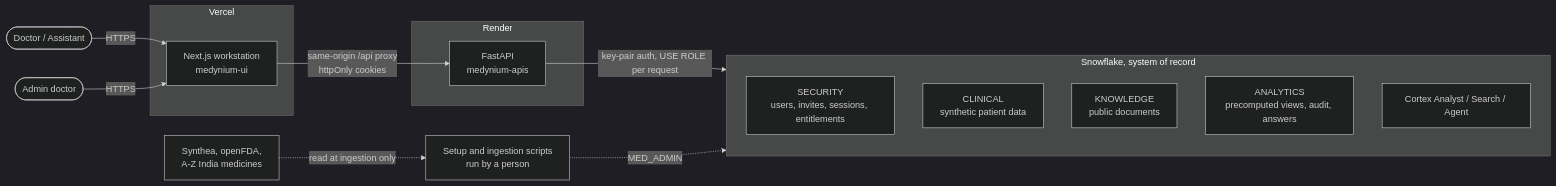
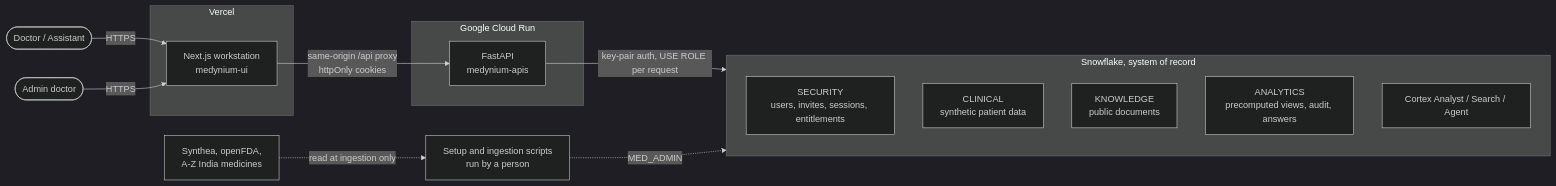
The first of 3 diagrams in docs/architecture/overview.md (noobCoderVP/medynium-apis), drawn with Mermaid (dark theme) before and after one commit. The commit also changed other lines of this file and 105 other files, not shown here.

````diff
--- a/docs/architecture/overview.md
+++ b/docs/architecture/overview.md
@@ -17,23 +17,23 @@
 ```mermaid
 flowchart LR
   Clinician([Doctor / Assistant]) -->|HTTPS| UI
   Admin([Admin doctor]) -->|HTTPS| UI
   subgraph Vercel
     UI[Next.js workstation<br/>medynium-ui]
   end
-  subgraph Render
+  subgraph CloudRun [Google Cloud Run]
     API[FastAPI<br/>medynium-apis]
   end
   UI -->|same-origin /api proxy<br/>httpOnly cookies| API
   API -->|key-pair auth, USE ROLE per request| SEC
   subgraph SF [Snowflake, system of record]
     direction TB
     SEC[SECURITY<br/>users, invites, sessions, entitlements]
     CLIN[CLINICAL<br/>synthetic patient data]
     KNOW[KNOWLEDGE<br/>public documents]
     ANA[ANALYTICS<br/>precomputed views, audit, answers]
     AI[Cortex Analyst / Search / Agent]
   end
   Ingest[Setup and ingestion scripts<br/>run by a person] -.->|MED_ADMIN| CLIN
   Sources[Synthea, openFDA,<br/>A-Z India medicines] -.->|read at ingestion only| Ingest
 ```
````
